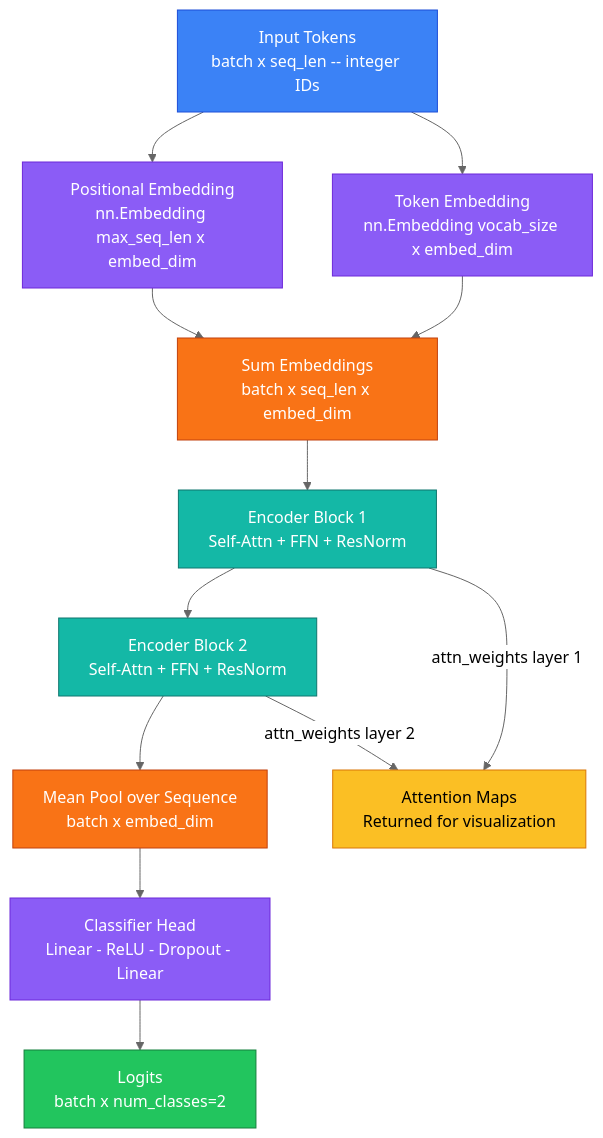
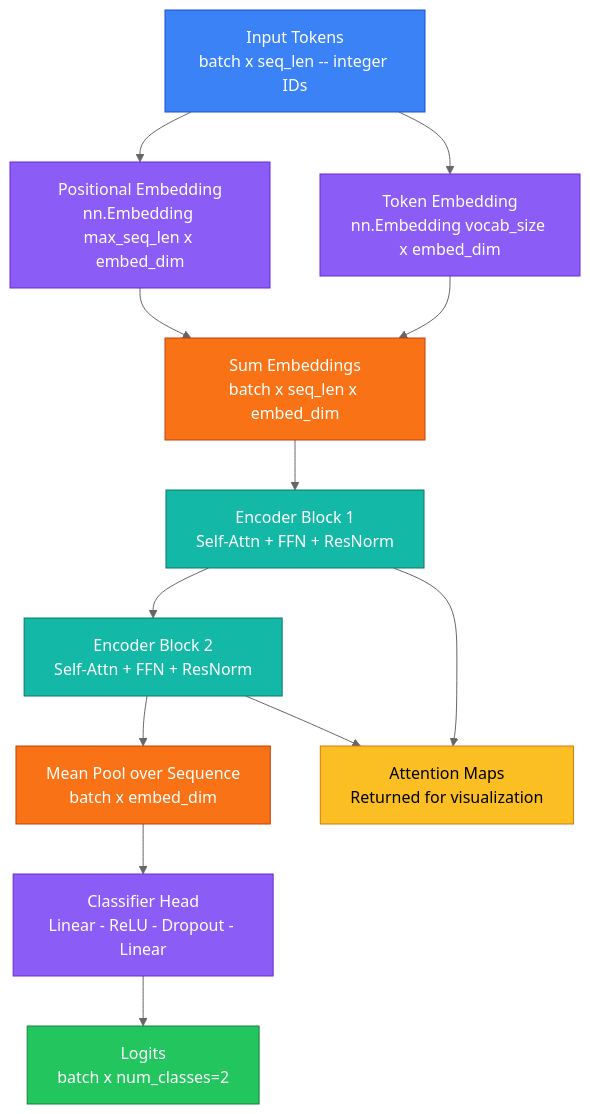
One commit to hkevin01/transformer-demo changed the fourth of 11 diagrams in README.md. Above: the diagram before and after it, drawn with Mermaid (neutral theme). The commit also changed other lines of this file and 1 other file, not shown here.

Commit message:
Enhance argument parser to include layer count constraints for training, evaluation, and visualization

````diff
--- a/README.md
+++ b/README.md
@@ -367,33 +373,34 @@
 ```mermaid
 flowchart TD
     TOKENS["Input Tokens\nbatch x seq_len -- integer IDs"]
     TOK_EMB["Token Embedding\nnn.Embedding vocab_size x embed_dim"]
     POS_EMB["Positional Embedding\nnn.Embedding max_seq_len x embed_dim"]
     SUM["Sum Embeddings\nbatch x seq_len x embed_dim"]
     B1["Encoder Block 1\nSelf-Attn + FFN + ResNorm"]
     B2["Encoder Block 2\nSelf-Attn + FFN + ResNorm"]
     POOL["Mean Pool over Sequence\nbatch x embed_dim"]
     HEAD["Classifier Head\nLinear - ReLU - Dropout - Linear"]
     LOGITS["Logits\nbatch x num_classes=2"]
     MAPS["Attention Maps\nReturned for visualization"]
 
     TOKENS --> TOK_EMB
     TOKENS --> POS_EMB
     TOK_EMB --> SUM
     POS_EMB --> SUM
-    SUM --> B1 --> B2
-    B1 -->|"attn_weights layer 1"| MAPS
-    B2 -->|"attn_weights layer 2"| MAPS
+    SUM --> B1
+    B1 --> B2
+    B1 --> MAPS
+    B2 --> MAPS
     B2 --> POOL --> HEAD --> LOGITS
 
     style TOKENS fill:#3b82f6,stroke:#1d4ed8,color:#fff
     style TOK_EMB fill:#8b5cf6,stroke:#6d28d9,color:#fff
     style POS_EMB fill:#8b5cf6,stroke:#6d28d9,color:#fff
     style SUM fill:#f97316,stroke:#c2410c,color:#fff
     style B1 fill:#14b8a6,stroke:#0f766e,color:#fff
     style B2 fill:#14b8a6,stroke:#0f766e,color:#fff
     style POOL fill:#f97316,stroke:#c2410c,color:#fff
     style HEAD fill:#8b5cf6,stroke:#6d28d9,color:#fff
     style LOGITS fill:#22c55e,stroke:#15803d,color:#fff
     style MAPS fill:#fbbf24,stroke:#d97706,color:#000
 ```
````
